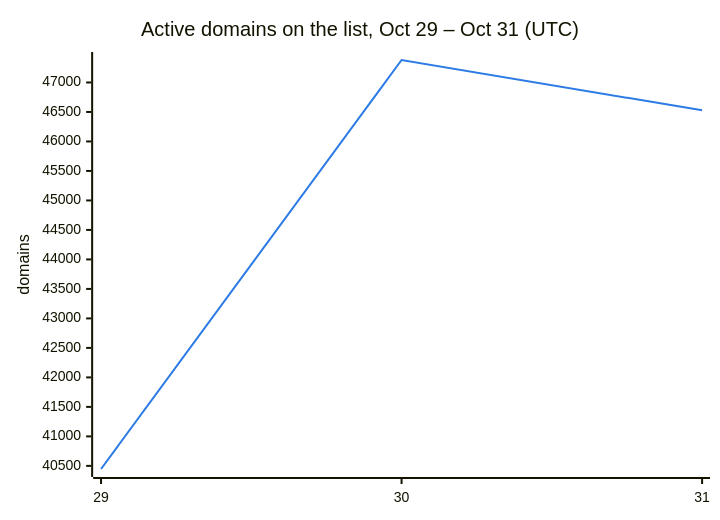
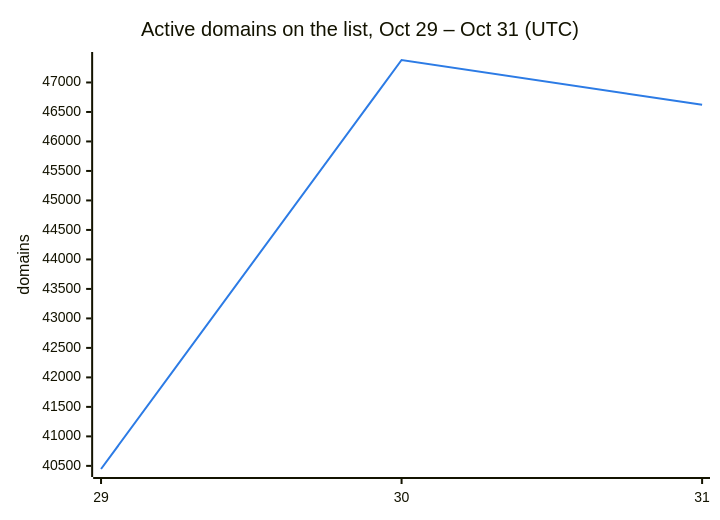
One commit to DNSBunker/CTI changed the second of 3 diagrams in README.md. Above: the diagram before and after it, drawn with Mermaid. The commit also changed other lines of this file and 3 other files, not shown here.

````diff
--- a/README.md
+++ b/README.md
@@ -38,8 +38,8 @@
 ```mermaid
 %%{init: {"themeVariables": {"xyChart": {"plotColorPalette": "#2c7be5"}}}}%%
 xychart-beta
     title "Active domains on the list, Oct 29 – Oct 31 (UTC)"
     x-axis ["29", "30", "31"]
     y-axis "domains"
-    line [40447, 47381, 46528]
+    line [40447, 47381, 46621]
 ```
````
